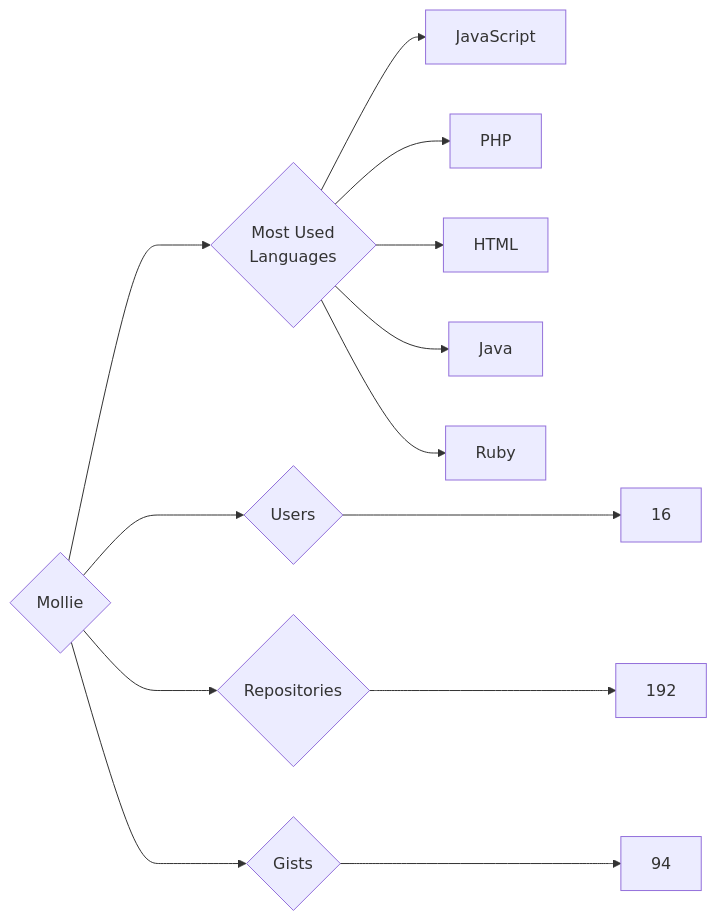
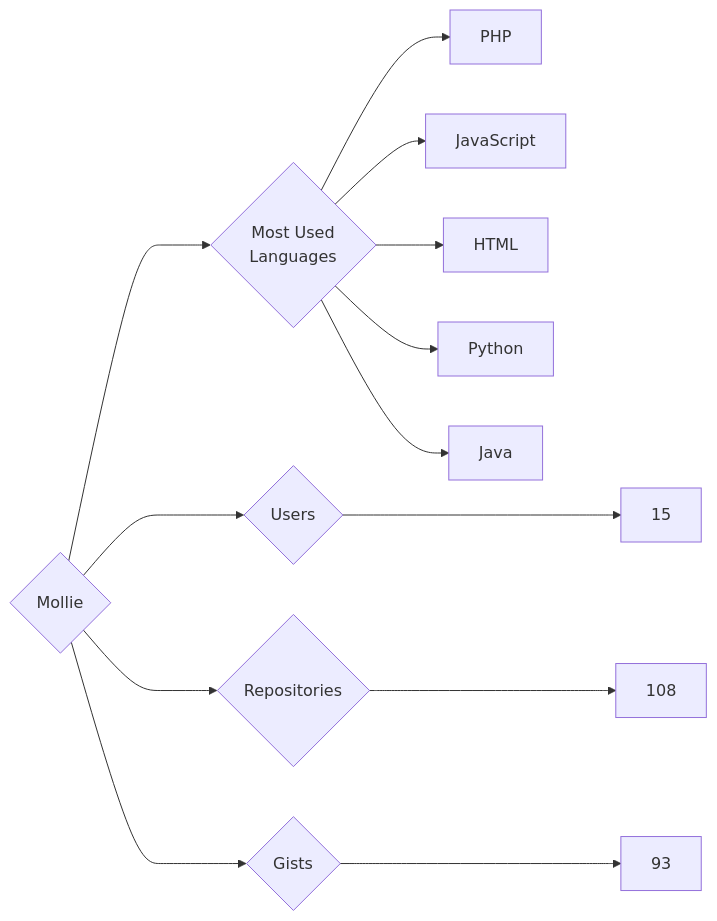
Before and after one commit to trickest/insiders: the diagram in targets/Mollie/README.md, drawn with Mermaid. The commit also changed 1479 other files, not shown here.

````diff
--- a/targets/Mollie/README.md
+++ b/targets/Mollie/README.md
@@ -3,13 +3,13 @@
 ```mermaid
 graph LR
 COMPANY_NAME{Mollie}
-COMPANY_NAME ---> U{Users} ---> UN[16]
-COMPANY_NAME ---> R{Repositories} ---> RN[192]
-COMPANY_NAME ---> G{Gists} ---> GN[94]
+COMPANY_NAME ---> U{Users} ---> UN[15]
+COMPANY_NAME ---> R{Repositories} ---> RN[108]
+COMPANY_NAME ---> G{Gists} ---> GN[93]
 COMPANY_NAME ---> ML{Most Used<br>Languages}
+ML --> PHP[PHP]
 ML --> JavaScript[JavaScript]
-ML --> PHP[PHP]
 ML --> HTML[HTML]
+ML --> Python[Python]
 ML --> Java[Java]
-ML --> Ruby[Ruby]
 ```
````
